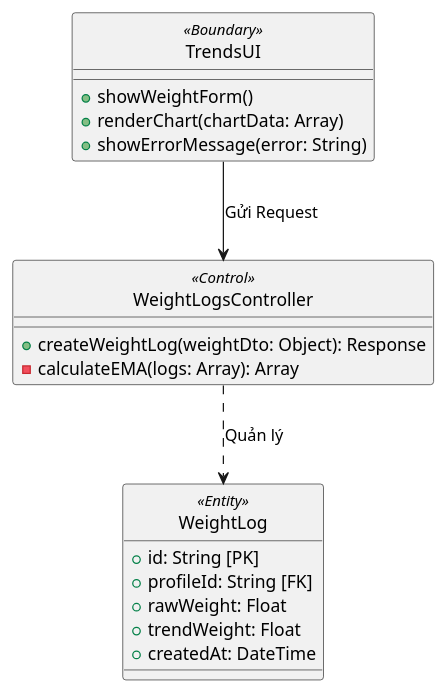
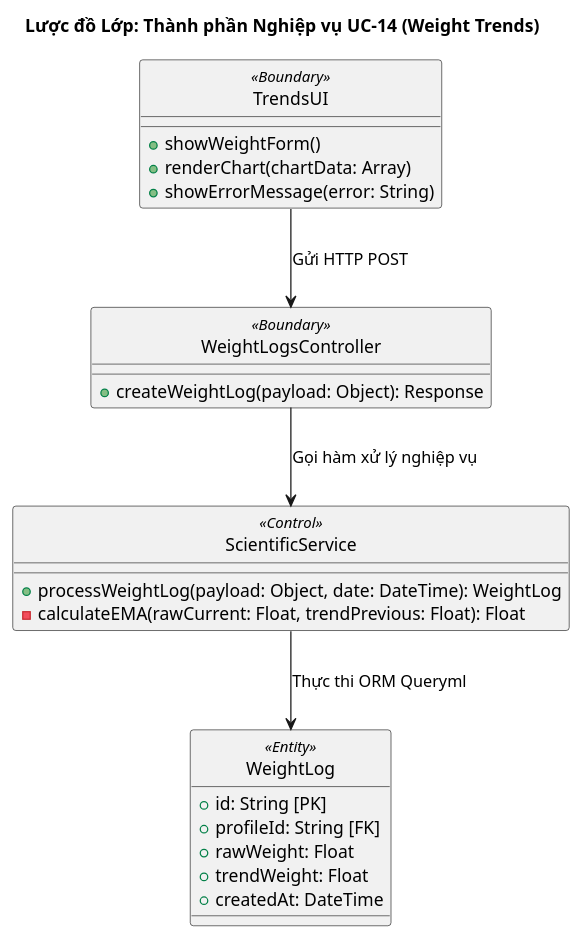
Before and after one commit to MinhTriet0612/CalAIClone: the second of 2 diagrams in docs/reports/VnV_UC14_Weight_Trends.md, drawn with PlantUML. The commit also changed other lines of this file and 23 other files, not shown here.

````diff
--- a/docs/reports/VnV_UC14_Weight_Trends.md
+++ b/docs/reports/VnV_UC14_Weight_Trends.md
@@ -89,27 +96,33 @@
 ```plantuml
 @startuml
+title Lược đồ Lớp: Thành phần Nghiệp vụ UC-14 (Weight Trends)
 skinparam style strictuml
 
 class TrendsUI <<Boundary>> {
     + showWeightForm()
     + renderChart(chartData: Array)
     + showErrorMessage(error: String)
 }
 
-class WeightLogsController <<Control>> {
-    + createWeightLog(weightDto: Object): Response
-    - calculateEMA(logs: Array): Array
+class WeightLogsController <<Boundary>> {
+    + createWeightLog(payload: Object): Response
+}
+
+class ScientificService <<Control>> {
+    + processWeightLog(payload: Object, date: DateTime): WeightLog
+    - calculateEMA(rawCurrent: Float, trendPrevious: Float): Float
 }
 
 class WeightLog <<Entity>> {
     + id: String [PK]
     + profileId: String [FK]
     + rawWeight: Float
     + trendWeight: Float
     + createdAt: DateTime
 }
 
-TrendsUI --> WeightLogsController : Gửi Request
-WeightLogsController ..> WeightLog : Quản lý
+TrendsUI --> WeightLogsController : Gửi HTTP POST
+WeightLogsController --> ScientificService : Gọi hàm xử lý nghiệp vụ
+ScientificService --> WeightLog : Thực thi ORM Queryml
 @enduml
 ```
````
